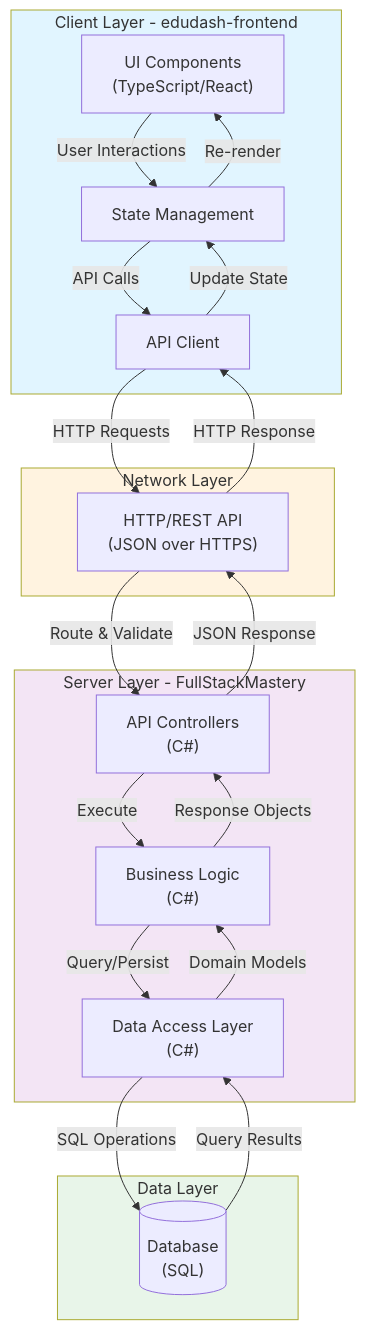
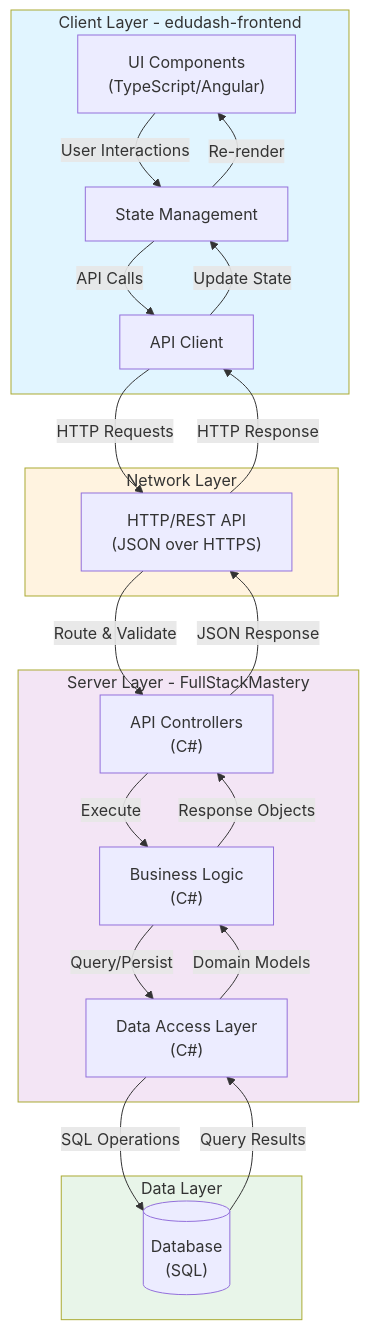
One commit to coder-pro10z/FullStackMastery changed the diagram in ARCHITECTURE.md. Above: the diagram before and after it, drawn with Mermaid. The commit also changed other lines of this file, not shown here.

Commit message:
Update frontend framework from React to Angular

````diff
--- a/ARCHITECTURE.md
+++ b/ARCHITECTURE.md
@@ -7,42 +7,42 @@
 ```mermaid
 graph TB
     subgraph Client["Client Layer - edudash-frontend"]
-        UI["UI Components<br/>(TypeScript/React)"]
+        UI["UI Components<br/>(TypeScript/Angular)"]
         STATE["State Management"]
         API_CLIENT["API Client"]
     end
     
     subgraph Network["Network Layer"]
         HTTP["HTTP/REST API<br/>(JSON over HTTPS)"]
     end
     
     subgraph Server["Server Layer - FullStackMastery"]
         CONTROLLER["API Controllers<br/>(C#)"]
         BIZ_LOGIC["Business Logic<br/>(C#)"]
         DATA_ACCESS["Data Access Layer<br/>(C#)"]
     end
     
     subgraph Database["Data Layer"]
         DB[("Database<br/>(SQL)")]
     end
     
     UI -->|User Interactions| STATE
     STATE -->|API Calls| API_CLIENT
     API_CLIENT -->|HTTP Requests| HTTP
     HTTP -->|Route & Validate| CONTROLLER
     CONTROLLER -->|Execute| BIZ_LOGIC
     BIZ_LOGIC -->|Query/Persist| DATA_ACCESS
     DATA_ACCESS -->|SQL Operations| DB
     DB -->|Query Results| DATA_ACCESS
     DATA_ACCESS -->|Domain Models| BIZ_LOGIC
     BIZ_LOGIC -->|Response Objects| CONTROLLER
     CONTROLLER -->|JSON Response| HTTP
     HTTP -->|HTTP Response| API_CLIENT
     API_CLIENT -->|Update State| STATE
     STATE -->|Re-render| UI
     
     style Client fill:#e1f5ff
     style Server fill:#f3e5f5
     style Network fill:#fff3e0
     style Database fill:#e8f5e9
 ```
````
